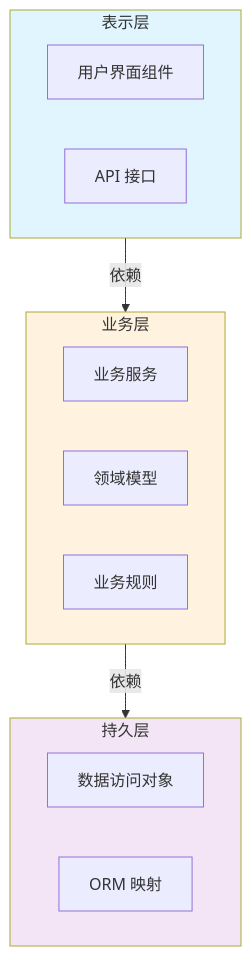
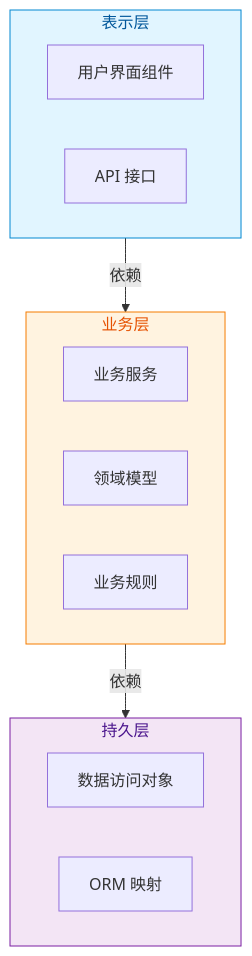
One commit to FreezeSoul/freezesoul.github.com changed the eighth of 14 diagrams in _posts/2012-12-15-thinking-in-uml.md. Above: the diagram before and after it, drawn with Mermaid. The commit also changed other lines of this file and 9 other files, not shown here.

Commit message:
修正mermaid配色与要求

````diff
--- a/_posts/2012-12-15-thinking-in-uml.md
+++ b/_posts/2012-12-15-thinking-in-uml.md
@@ -469,25 +469,25 @@
 ```mermaid
 graph TD
     subgraph Presentation[表示层]
         UI[用户界面组件]
         API[API 接口]
     end
 
     subgraph Business[业务层]
         Service[业务服务]
         Domain[领域模型]
         Rules[业务规则]
     end
 
     subgraph Persistence[持久层]
         DAO[数据访问对象]
         ORM[ORM 映射]
     end
 
     Presentation -->|依赖| Business
     Business -->|依赖| Persistence
 
-    style Presentation fill:#e1f5ff
-    style Business fill:#fff3e0
-    style Persistence fill:#f3e5f5
+    style Presentation fill:#e1f5ff,stroke:#0288d1,color:#01579b
+    style Business fill:#fff3e0,stroke:#f57c00,color:#e65100
+    style Persistence fill:#f3e5f5,stroke:#7b1fa2,color:#4a148c
 ```
````
